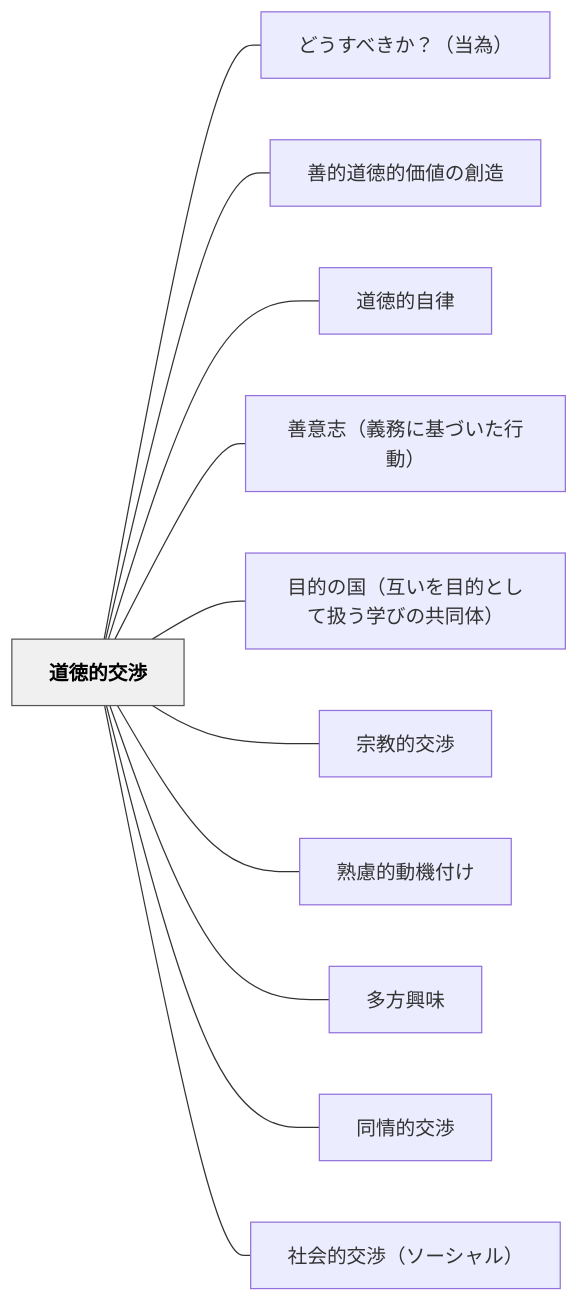
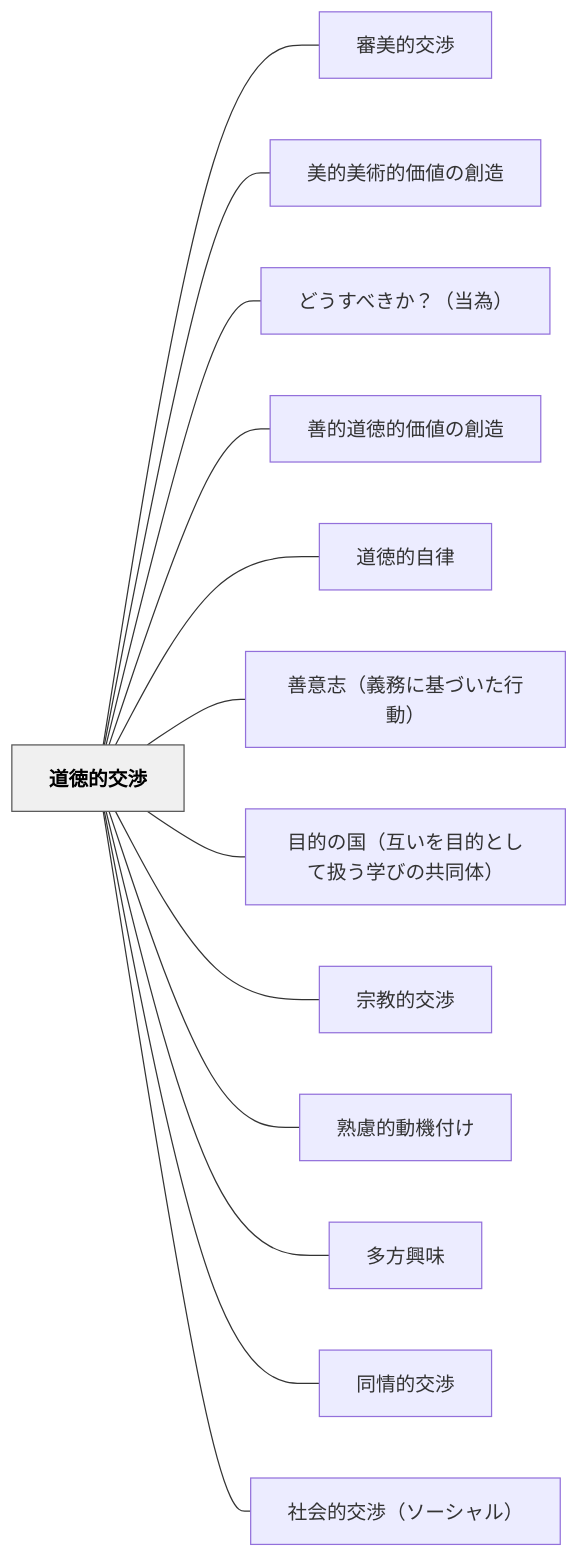
Before and after one commit to unknownthings-ed-patterns/unknownthings-ed-patterns: the diagram in content/パタン/道徳的交渉.md, drawn with Mermaid. The commit also changed other lines of this file and 14 other files, not shown here.

````diff
--- a/content/パタン/道徳的交渉.md
+++ b/content/パタン/道徳的交渉.md
@@ -50,28 +50,32 @@
 ```mermaid
 flowchart LR
     ne98193e5beb3e79a84e4baa4e6b889["道徳的交渉"]
+    ne5afa9e7be8ee79a84e4baa4e6b889["審美的交渉"]
+    ne7be8ee79a84e7be8ee8a193e79a84e4bea1e580a4e381aee589b5e980a0["美的美術的価値の創造"]
     ne381a9e38186e38199e381b9e3818de3818befbc9fefbc88e5bd93e782baefbc89["どうすべきか？（当為）"]
     ne59684e79a84e98193e5beb3e79a84e4bea1e580a4e381aee589b5e980a0["善的道徳的価値の創造"]
     ne98193e5beb3e79a84e887aae5be8b["道徳的自律"]
     ne59684e6848fe5bf97efbc88e7bea9e58b99e381abe59fbae381a5e38184e3819fe8a18ce58b95efbc89["善意志（義務に基づいた行動）"]
     ne79baee79a84e381aee59bbdefbc88e4ba92e38184e38292e79baee79a84e381a8e38197e381a6e689b1e38186e5ada6e381b3e381aee585b1e5908ce4bd93efbc89["目的の国（互いを目的として扱う学びの共同体）"]
     ne5ae97e69599e79a84e4baa4e6b889["宗教的交渉"]
     ne7869fe685aee79a84e58b95e6a99fe4bb98e38191["熟慮的動機付け"]
     ne5a49ae696b9e88888e591b3["多方興味"]
     ne5908ce68385e79a84e4baa4e6b889["同情的交渉"]
     ne7a4bee4bc9ae79a84e4baa4e6b889efbc88e382bde383bce382b7e383a3e383abefbc89["社会的交渉（ソーシャル）"]
 
+    ne98193e5beb3e79a84e4baa4e6b889 --- ne5afa9e7be8ee79a84e4baa4e6b889
+    ne98193e5beb3e79a84e4baa4e6b889 --- ne7be8ee79a84e7be8ee8a193e79a84e4bea1e580a4e381aee589b5e980a0
     ne98193e5beb3e79a84e4baa4e6b889 --- ne381a9e38186e38199e381b9e3818de3818befbc9fefbc88e5bd93e782baefbc89
     ne98193e5beb3e79a84e4baa4e6b889 --- ne59684e79a84e98193e5beb3e79a84e4bea1e580a4e381aee589b5e980a0
     ne98193e5beb3e79a84e4baa4e6b889 --- ne98193e5beb3e79a84e887aae5be8b
     ne98193e5beb3e79a84e4baa4e6b889 --- ne59684e6848fe5bf97efbc88e7bea9e58b99e381abe59fbae381a5e38184e3819fe8a18ce58b95efbc89
     ne98193e5beb3e79a84e4baa4e6b889 --- ne79baee79a84e381aee59bbdefbc88e4ba92e38184e38292e79baee79a84e381a8e38197e381a6e689b1e38186e5ada6e381b3e381aee585b1e5908ce4bd93efbc89
     ne98193e5beb3e79a84e4baa4e6b889 --- ne5ae97e69599e79a84e4baa4e6b889
     ne98193e5beb3e79a84e4baa4e6b889 --- ne7869fe685aee79a84e58b95e6a99fe4bb98e38191
     ne98193e5beb3e79a84e4baa4e6b889 --- ne5a49ae696b9e88888e591b3
     ne98193e5beb3e79a84e4baa4e6b889 --- ne5908ce68385e79a84e4baa4e6b889
     ne98193e5beb3e79a84e4baa4e6b889 --- ne7a4bee4bc9ae79a84e4baa4e6b889efbc88e382bde383bce382b7e383a3e383abefbc89
 
     classDef hub fill:#f0f0f0,stroke:#555,color:#000,font-weight:bold
     class ne98193e5beb3e79a84e4baa4e6b889 hub
 ```
````
